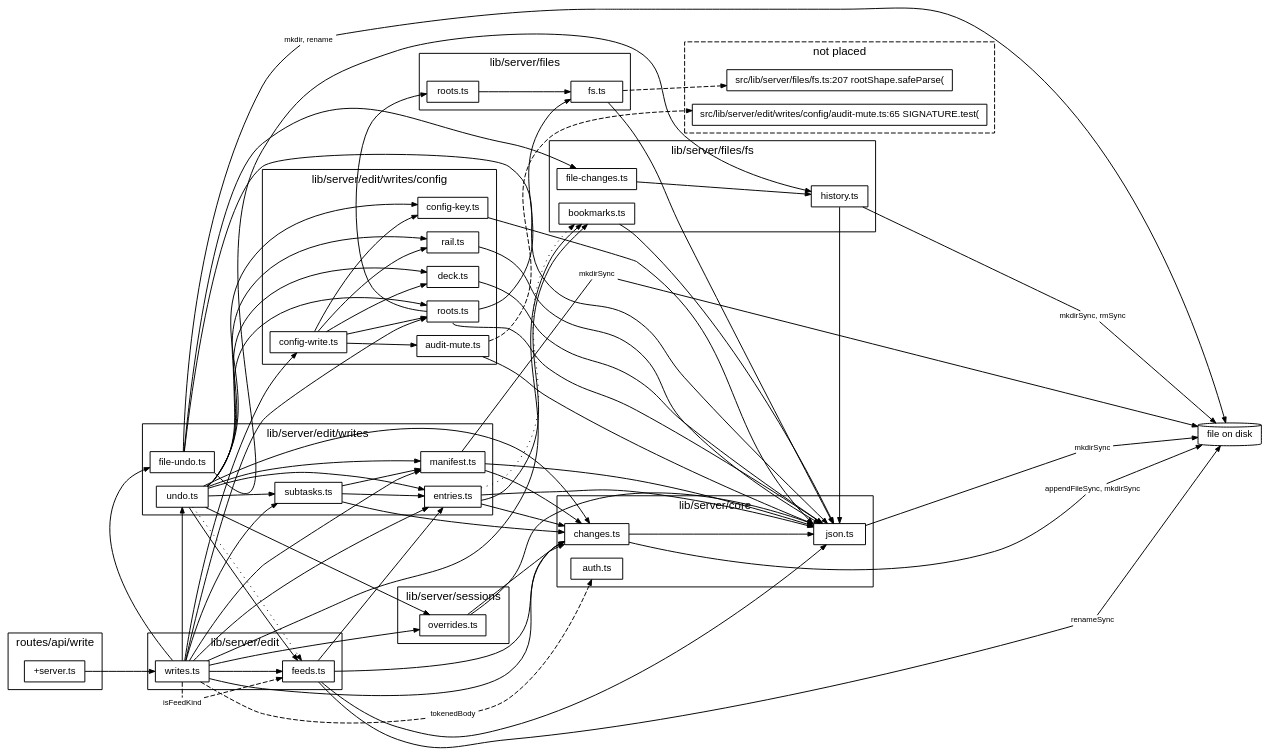
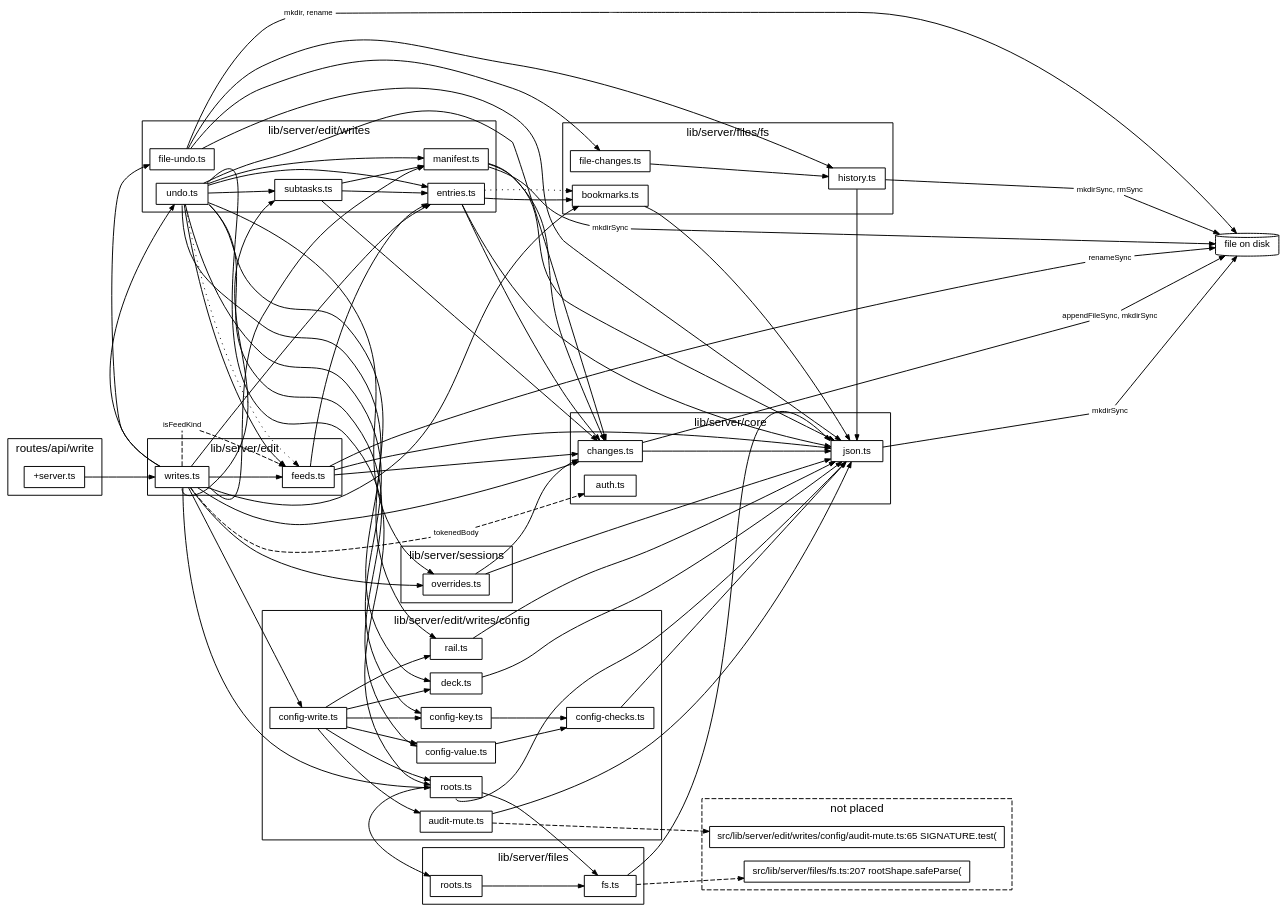
Before and after one commit to TheAxeC/oculus: the diagram in docs/diagrams/writes.dot, drawn with Graphviz. The commit also changed 136 other files, not shown here.

```diff
--- a/docs/diagrams/writes.dot
+++ b/docs/diagrams/writes.dot
@@ -24,7 +24,9 @@
     subgraph "cluster_lib/server/edit/writes/config" {
         label="lib/server/edit/writes/config"; style=solid;
         "lib/server/edit/writes/config/audit-mute.ts" [label="audit-mute.ts"];
+        "lib/server/edit/writes/config/config-checks.ts" [label="config-checks.ts"];
         "lib/server/edit/writes/config/config-key.ts" [label="config-key.ts"];
+        "lib/server/edit/writes/config/config-value.ts" [label="config-value.ts"];
         "lib/server/edit/writes/config/config-write.ts" [label="config-write.ts"];
         "lib/server/edit/writes/config/deck.ts" [label="deck.ts"];
         "lib/server/edit/writes/config/rail.ts" [label="rail.ts"];
@@ -83,17 +85,22 @@
     "lib/server/edit/writes.ts" -> "lib/server/edit/writes/entries.ts" [tooltip="createEntry, removeEntry, reorderCollection
 writeEntry"];
     "lib/server/edit/writes.ts" -> "lib/server/edit/writes/file-undo.ts" [tooltip="filesTargetOf, undoFiles"];
-    "lib/server/edit/writes.ts" -> "lib/server/edit/writes/manifest.ts" [tooltip="createIdea, writeManifest"];
-    "lib/server/edit/writes.ts" -> "lib/server/edit/writes/subtasks.ts" [tooltip="careerRules, writeHost, writeSubtask
+    "lib/server/edit/writes.ts" -> "lib/server/edit/writes/manifest.ts" [tailport=se, tooltip="createIdea, writeManifest"];
+    "lib/server/edit/writes.ts" -> "lib/server/edit/writes/subtasks.ts" [tailport=s, tooltip="careerRules, writeHost, writeSubtask
 writeSubtaskAdd"];
     "lib/server/edit/writes.ts" -> "lib/server/edit/writes/undo.ts" [tooltip="undoChange"];
     "lib/server/edit/writes.ts" -> "lib/server/files/fs/bookmarks.ts" [tooltip="defaultBookmarksPath"];
     "lib/server/edit/writes.ts" -> "lib/server/sessions/overrides.ts" [tooltip="setFlag, setOverride"];
     "lib/server/edit/writes/config/audit-mute.ts" -> "? src/lib/server/edit/writes/config/audit-mute.ts:65" [style=dashed];
     "lib/server/edit/writes/config/audit-mute.ts" -> "lib/server/core/json.ts" [tooltip="writeTextAtomic"];
-    "lib/server/edit/writes/config/config-key.ts" -> "lib/server/core/json.ts" [headport=nw, tooltip="writeTextAtomic"];
+    "lib/server/edit/writes/config/config-checks.ts" -> "lib/server/core/json.ts" [tooltip="writeTextAtomic"];
+    "lib/server/edit/writes/config/config-key.ts" -> "lib/server/edit/writes/config/config-checks.ts" [tooltip="kept, optionNow, optionOf
+refusedBy, refusing, written"];
+    "lib/server/edit/writes/config/config-value.ts" -> "lib/server/edit/writes/config/config-checks.ts" [tooltip="kept, optionNow, optionOf
+refusedBy, refusing, written"];
     "lib/server/edit/writes/config/config-write.ts" -> "lib/server/edit/writes/config/audit-mute.ts" [tooltip="writeMute"];
     "lib/server/edit/writes/config/config-write.ts" -> "lib/server/edit/writes/config/config-key.ts" [tooltip="writeConfigKey"];
+    "lib/server/edit/writes/config/config-write.ts" -> "lib/server/edit/writes/config/config-value.ts" [tooltip="writeConfigValue"];
     "lib/server/edit/writes/config/config-write.ts" -> "lib/server/edit/writes/config/deck.ts" [tooltip="writeDeck"];
     "lib/server/edit/writes/config/config-write.ts" -> "lib/server/edit/writes/config/rail.ts" [tooltip="writeRail"];
     "lib/server/edit/writes/config/config-write.ts" -> "lib/server/edit/writes/config/roots.ts" [tooltip="addRootTo, removeRootFrom"];
@@ -112,7 +119,7 @@
     "lib/server/edit/writes/file-undo.ts" -> "lib/server/core/json.ts" [tooltip="chained"];
     "lib/server/edit/writes/file-undo.ts" -> "lib/server/files/fs/file-changes.ts" [tooltip="holds, recordOf, stampKept
 stampOf"];
-    "lib/server/edit/writes/file-undo.ts" -> "lib/server/files/fs/history.ts" [tailport=se, tooltip="defaultHistoryDir, keepCopy, readCopy
+    "lib/server/edit/writes/file-undo.ts" -> "lib/server/files/fs/history.ts" [tooltip="defaultHistoryDir, keepCopy, readCopy
 restoreCopy"];
     "lib/server/edit/writes/manifest.ts to file on disk (calls)" [label="mkdirSync", shape=box, color="transparent", fontsize=8, width=0, height=0, margin="0.04,0.02"];
     "lib/server/edit/writes/manifest.ts" -> "lib/server/edit/writes/manifest.ts to file on disk (calls)" [arrowhead=none];
@@ -127,9 +134,10 @@
 restoreFeedEntry, writeFeedField"];
     "lib/server/edit/writes/undo.ts" -> "lib/server/edit/feeds.ts" [tooltip="FEED_RULES", style=dotted];
     "lib/server/edit/writes/undo.ts" -> "lib/server/edit/writes/config/config-key.ts" [tooltip="configKeyNow, writeConfigKey"];
-    "lib/server/edit/writes/undo.ts" -> "lib/server/edit/writes/config/deck.ts" [tooltip="deckNow, writeDeck"];
-    "lib/server/edit/writes/undo.ts" -> "lib/server/edit/writes/config/rail.ts" [tooltip="railNow, writeRail"];
-    "lib/server/edit/writes/undo.ts" -> "lib/server/edit/writes/config/roots.ts" [tooltip="rootsNow, writeRoots"];
+    "lib/server/edit/writes/undo.ts" -> "lib/server/edit/writes/config/config-value.ts" [tailport=se, tooltip="configValueNow, writeConfigValue"];
+    "lib/server/edit/writes/undo.ts" -> "lib/server/edit/writes/config/deck.ts" [tailport=s, tooltip="deckNow, writeDeck"];
+    "lib/server/edit/writes/undo.ts" -> "lib/server/edit/writes/config/rail.ts" [tailport=se, tooltip="railNow, writeRail"];
+    "lib/server/edit/writes/undo.ts" -> "lib/server/edit/writes/config/roots.ts" [tailport=ne, tooltip="rootsNow, writeRoots"];
     "lib/server/edit/writes/undo.ts" -> "lib/server/edit/writes/entries.ts" [tooltip="createEntry, entryOf, idOfIdentity
 identityOrder, readCollection, removeEntry
 reorderCollection, writeEntry"];
@@ -138,7 +146,7 @@
 writeHost, writeSubtask, writeSubtaskAdd"];
     "lib/server/edit/writes/undo.ts" -> "lib/server/sessions/overrides.ts" [tooltip="overrides, setFlag, setOverride"];
     "lib/server/files/fs.ts" -> "? src/lib/server/files/fs.ts:207" [style=dashed];
-    "lib/server/files/fs.ts" -> "lib/server/core/json.ts" [tooltip="readJson"];
+    "lib/server/files/fs.ts" -> "lib/server/core/json.ts" [headport=nw, tooltip="readJson"];
     "lib/server/files/fs/bookmarks.ts" -> "lib/server/core/json.ts" [tooltip="writeTextAtomic"];
     "lib/server/files/fs/file-changes.ts" -> "lib/server/files/fs/history.ts" [tooltip="keepCopy"];
     "lib/server/files/fs/history.ts to file on disk (calls)" [label="mkdirSync, rmSync", shape=box, color="transparent", fontsize=8, width=0, height=0, margin="0.04,0.02"];
```
